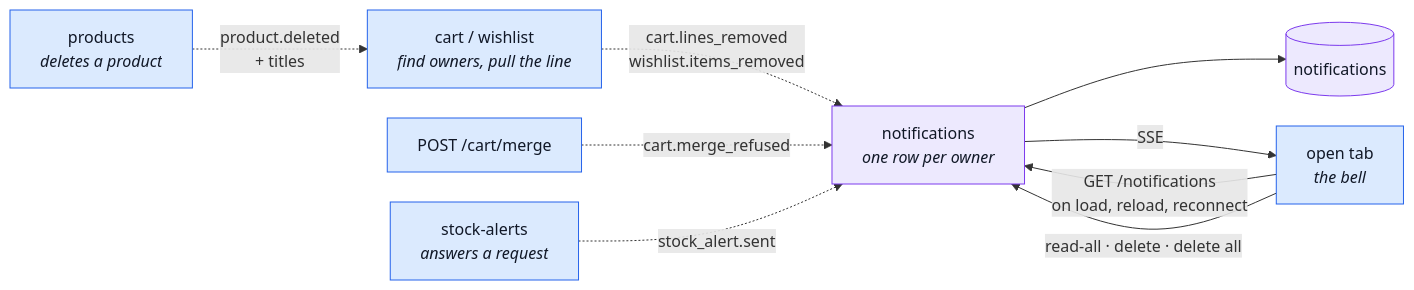
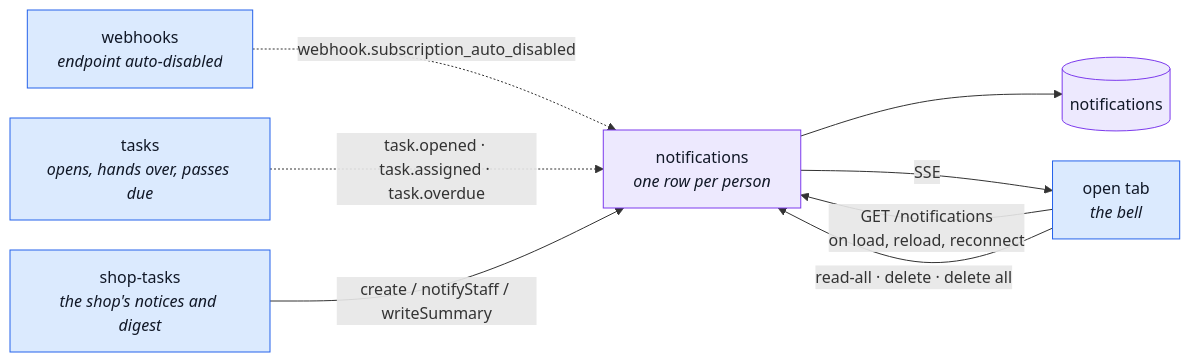
Before and after one commit to Guebbit/boilerplate-node-backend: the second of 3 diagrams in docs/modules/notifications.md, drawn with Mermaid. The commit also changed other lines of this file and 10 other files, not shown here.

First line of the commit message:
docs(shop-tasks): cut shop prose from the foundation pages and fix the outbox and mail tables

````diff
--- a/docs/modules/notifications.md
+++ b/docs/modules/notifications.md
@@ -101,17 +87,16 @@
 ```mermaid
 %%{init: {'flowchart': {'nodeSpacing': 30, 'rankSpacing': 55}}}%%
 flowchart LR
-    P["products<br/><i>deletes a product</i>"] -. "product.deleted<br/>+ titles" .-> C["cart / wishlist<br/><i>find owners, pull the line</i>"]
-    C -. "cart.lines_removed<br/>wishlist.items_removed" .-> N["notifications<br/><i>one row per owner</i>"]
-    M["POST /cart/merge"] -. "cart.merge_refused" .-> N
-    A["stock-alerts<br/><i>answers a request</i>"] -. "stock_alert.sent" .-> N
+    W["webhooks<br/><i>endpoint auto-disabled</i>"] -. "webhook.subscription_auto_disabled" .-> N["notifications<br/><i>one row per person</i>"]
+    T["tasks<br/><i>opens, hands over, passes due</i>"] -. "task.opened · task.assigned · task.overdue" .-> N
+    S["shop-tasks<br/><i>the shop's notices and digest</i>"] -->|"create / notifyStaff / writeSummary"| N
     N --> DB[("notifications")]
-    N -->|"SSE"| T["open tab<br/><i>the bell</i>"]
-    T -->|"GET /notifications<br/>on load, reload, reconnect"| N
-    T -->|"read-all · delete · delete all"| N
+    N -->|"SSE"| B["open tab<br/><i>the bell</i>"]
+    B -->|"GET /notifications<br/>on load, reload, reconnect"| N
+    B -->|"read-all · delete · delete all"| N
 
     classDef own fill:#ede9fe,stroke:#7c3aed,color:#111827;
     classDef peer fill:#dbeafe,stroke:#2563eb,color:#111827;
     class N,DB own;
-    class P,C,M,A,T peer;
+    class W,T,S,B peer;
 ```
````
